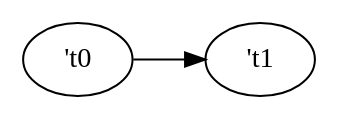
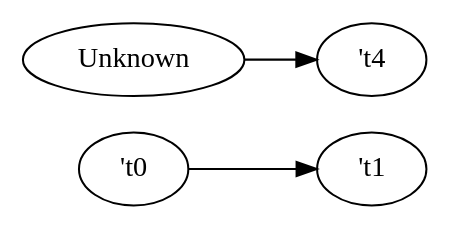
One commit to dolphilia/reml changed the diagram in examples/core_diagnostics/output/simple_chain.dot. Above: the diagram before and after it, drawn with Graphviz. The commit also changed 3 other files, not shown here.

```diff
--- a/examples/core_diagnostics/output/simple_chain.dot
+++ b/examples/core_diagnostics/output/simple_chain.dot
@@ -1,6 +1,9 @@
 digraph SimpleChain {
   rankdir=LR;
   n0 [label="'t0", shape=ellipse];
   n1 [label="'t1", shape=ellipse];
+  n2 [label="Unknown", shape=ellipse];
+  n3 [label="'t4", shape=ellipse];
   n0 -> n1;
+  n2 -> n3;
 }
```
